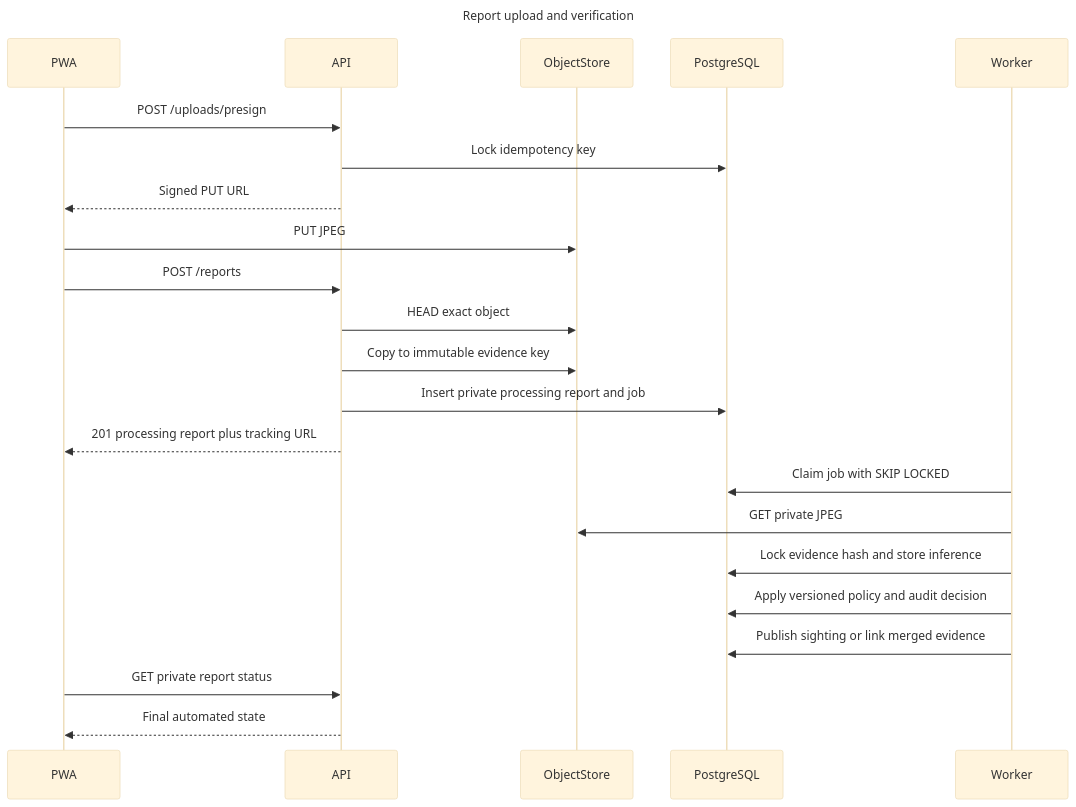
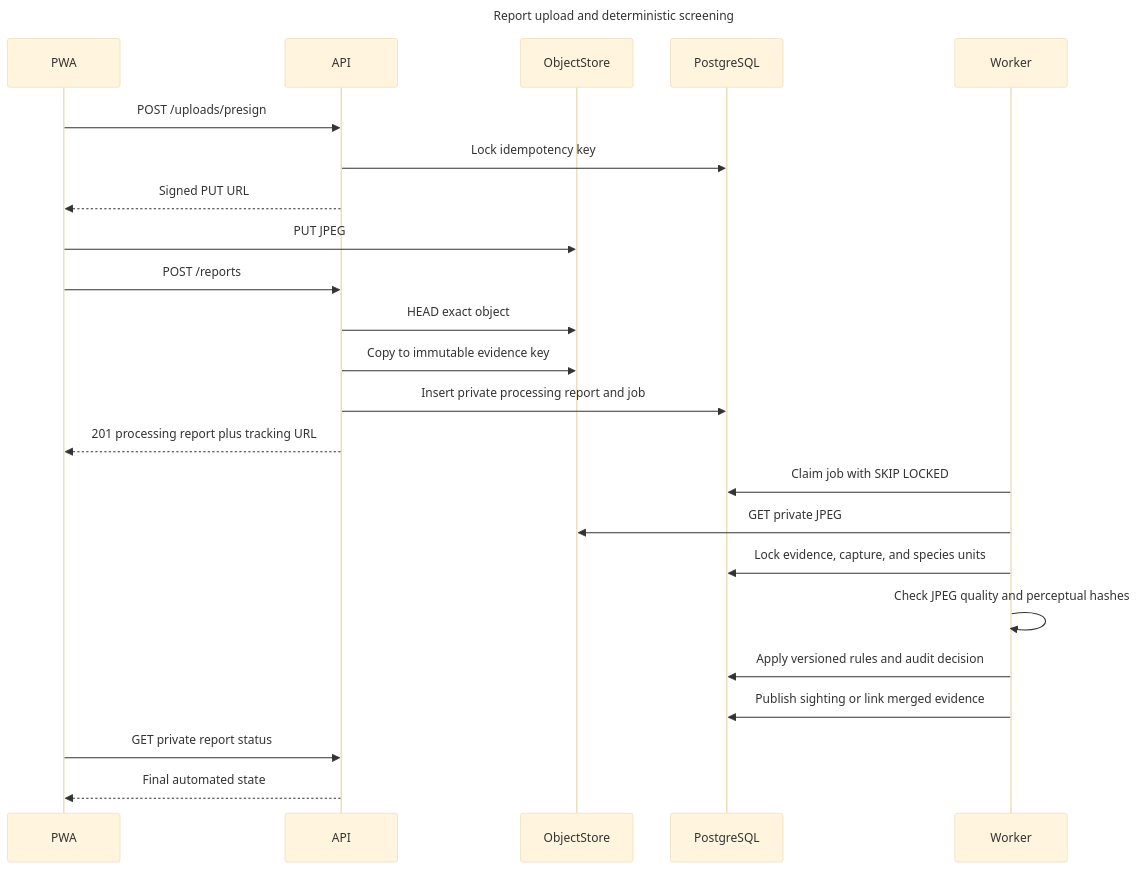
One commit to muhammadalishoukathali/invatracetest changed the fifth of 5 diagrams in docs/backend-architecture.md. Above: the diagram before and after it, drawn with Mermaid (base theme). The commit also changed other lines of this file and 58 other files, not shown here.

Commit message:
feat: implement deterministic iteration one screening

````diff
--- a/docs/backend-architecture.md
+++ b/docs/backend-architecture.md
@@ -184,26 +175,27 @@
 ```mermaid
 sequenceDiagram
-    title Report upload and verification
+    title Report upload and deterministic screening
     participant PWA
     participant API
     participant ObjectStore
     participant PostgreSQL
     participant Worker
 
     PWA->>API: POST /uploads/presign
     API->>PostgreSQL: Lock idempotency key
     API-->>PWA: Signed PUT URL
     PWA->>ObjectStore: PUT JPEG
     PWA->>API: POST /reports
     API->>ObjectStore: HEAD exact object
     API->>ObjectStore: Copy to immutable evidence key
     API->>PostgreSQL: Insert private processing report and job
     API-->>PWA: 201 processing report plus tracking URL
     Worker->>PostgreSQL: Claim job with SKIP LOCKED
     Worker->>ObjectStore: GET private JPEG
-    Worker->>PostgreSQL: Lock evidence hash and store inference
-    Worker->>PostgreSQL: Apply versioned policy and audit decision
+    Worker->>PostgreSQL: Lock evidence, capture, and species units
+    Worker->>Worker: Check JPEG quality and perceptual hashes
+    Worker->>PostgreSQL: Apply versioned rules and audit decision
     Worker->>PostgreSQL: Publish sighting or link merged evidence
     PWA->>API: GET private report status
     API-->>PWA: Final automated state
 ```
````
